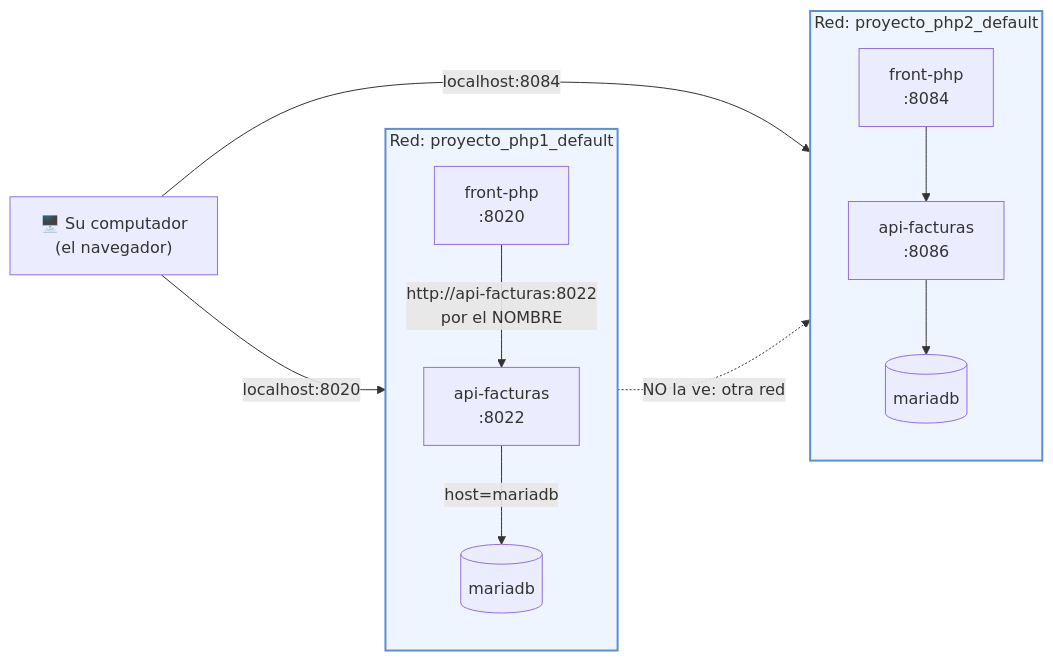
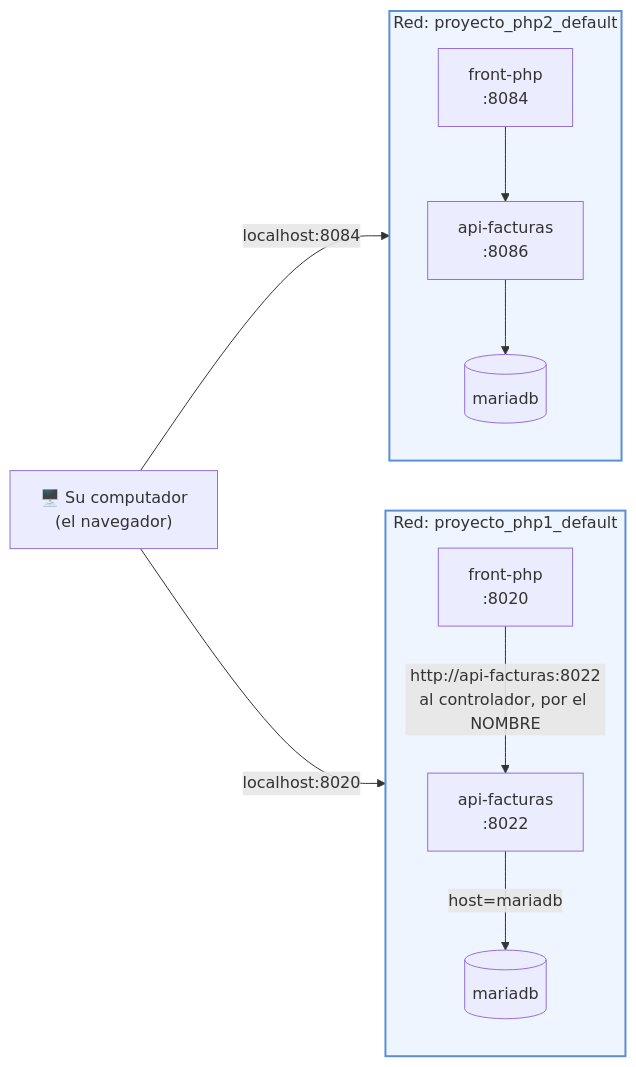
Before and after one commit to ccastro2050/proyecto_paradigmas4: the second of 2 diagrams in docs/CONCEPTOS_DOCKER.md, drawn with Mermaid. The commit also changed other lines of this file, not shown here.

First line of the commit message:
docs(docker): el diagrama sale del docker-compose real, y ninguna flecha miente

````diff
--- a/docs/CONCEPTOS_DOCKER.md
+++ b/docs/CONCEPTOS_DOCKER.md
@@ -572,30 +573,28 @@
 ```mermaid
 flowchart LR
     nav["🖥️ Su computador<br/>(el navegador)"]
 
     subgraph redA["Red: proyecto_php1_default"]
         direction TB
         frontA["front-php<br/>:8020"]
         apiA["api-facturas<br/>:8022"]
         dbA[("mariadb")]
-        frontA -->|"http://api-facturas:8022<br/>por el NOMBRE"| apiA
+        frontA -->|"http://api-facturas:8022<br/>al controlador, por el NOMBRE"| apiA
         apiA -->|"host=mariadb"| dbA
     end
 
     subgraph redB["Red: proyecto_php2_default"]
         direction TB
         frontB["front-php<br/>:8084"]
         apiB["api-facturas<br/>:8086"]
         dbB[("mariadb")]
         frontB --> apiB
         apiB --> dbB
     end
 
     nav -->|"localhost:8020"| frontA
     nav -->|"localhost:8084"| frontB
 
-    frontA -. "NO la ve: otra red" .-> dbB
-
     classDef red fill:#eef5ff,stroke:#5b8fd6,stroke-width:2px
     class redA,redB red
 ```
````
